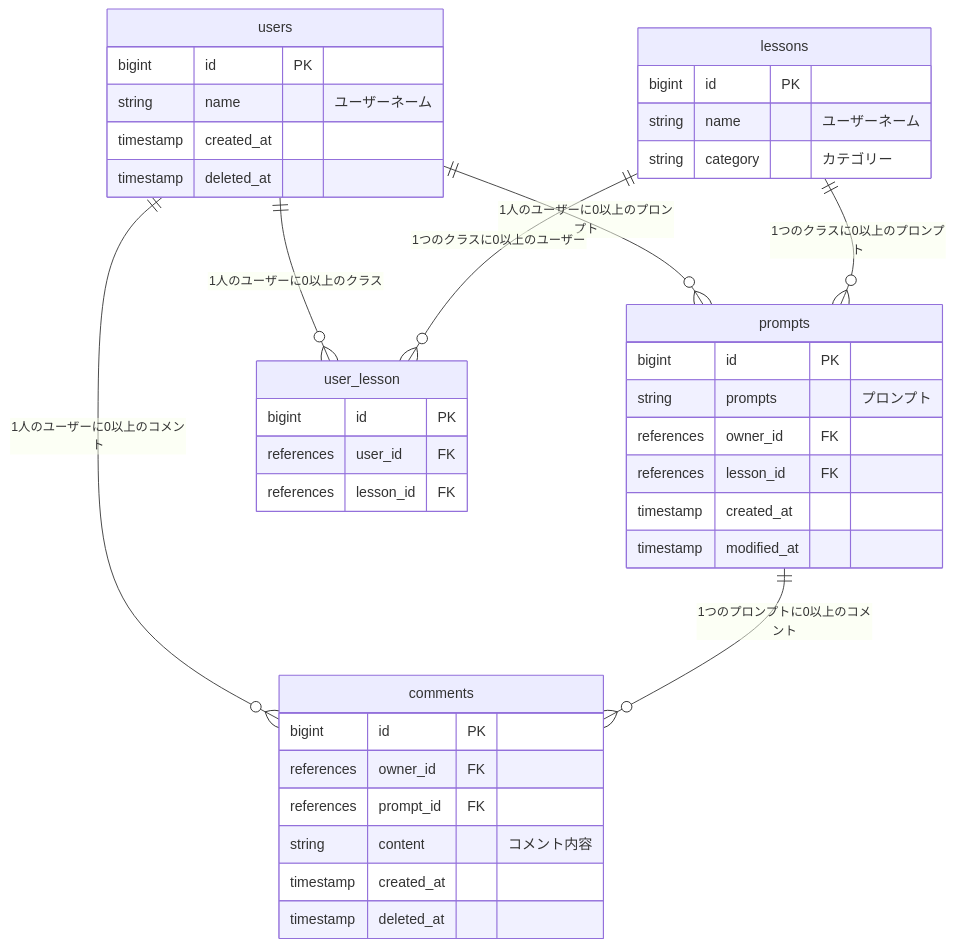
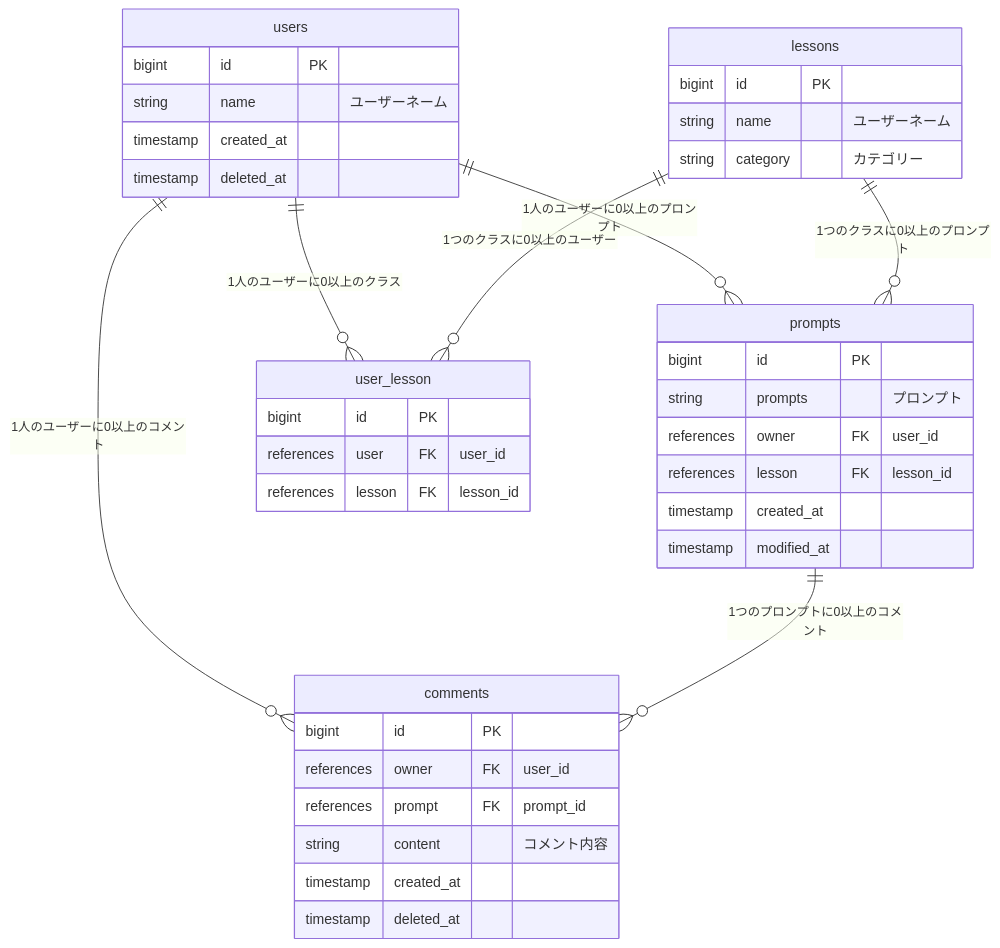
Before and after one commit to KeishiIrisa/utokyo_prompts: the diagram in README.md, drawn with Mermaid.

````diff
--- a/README.md
+++ b/README.md
@@ -1,47 +1,47 @@
 ```mermaid
 erDiagram
     users ||--o{ comments : "1人のユーザーに0以上のコメント"
     users ||--o{ prompts : "1人のユーザーに0以上のプロンプト"
     users ||--O{ user_lesson : "1人のユーザーに0以上のクラス"
     lessons ||--O{ user_lesson : "1つのクラスに0以上のユーザー"
     prompts ||--o{ comments : "1つのプロンプトに0以上のコメント"
     lessons ||--o{ prompts : "1つのクラスに0以上のプロンプト"
 
     users {
         bigint id PK
         string name "ユーザーネーム"
         timestamp created_at
         timestamp deleted_at
     }
 
     lessons {
         bigint id PK
         string name "ユーザーネーム"
         string category "カテゴリー"
     }
 
     prompts {
         bigint id PK
         string prompts "プロンプト"
-        references owner_id FK
-        references lesson_id FK
+        references owner FK "user_id"
+        references lesson FK "lesson_id"
         timestamp created_at
         timestamp modified_at
     }
 
     comments {
         bigint id PK
-        references owner_id FK
-        references prompt_id FK
+        references owner FK "user_id"
+        references prompt FK "prompt_id"
         string content "コメント内容"
         timestamp created_at
         timestamp deleted_at
     }
 
     user_lesson {
         bigint id PK
-        references user_id FK
-        references lesson_id FK
+        references user FK "user_id"
+        references lesson FK "lesson_id"
     }
   
 ```
````
